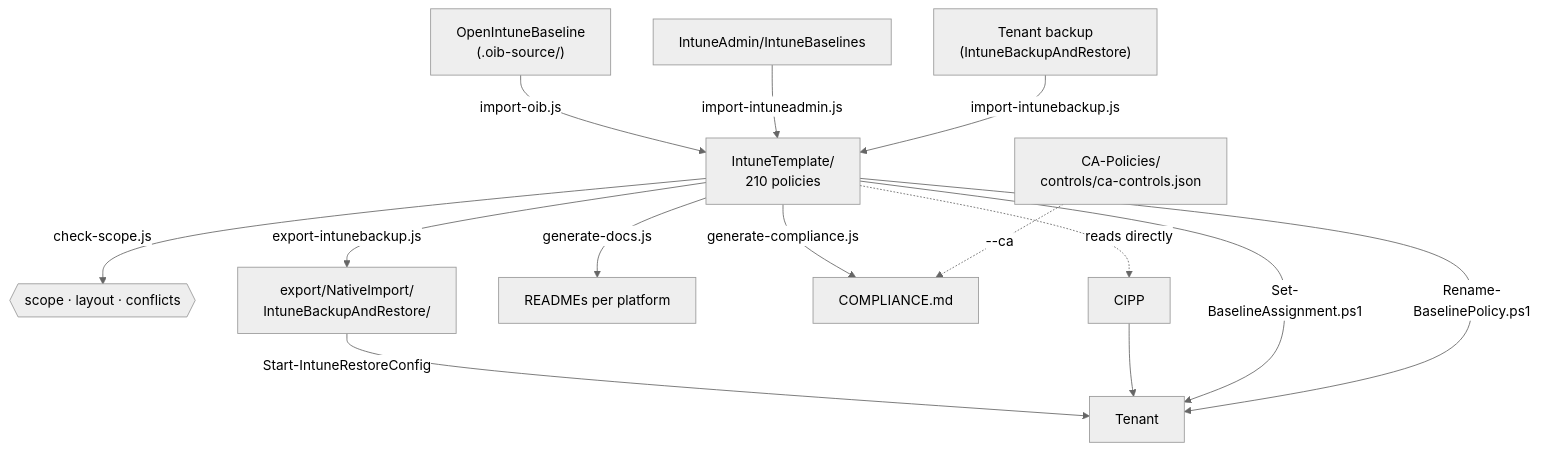
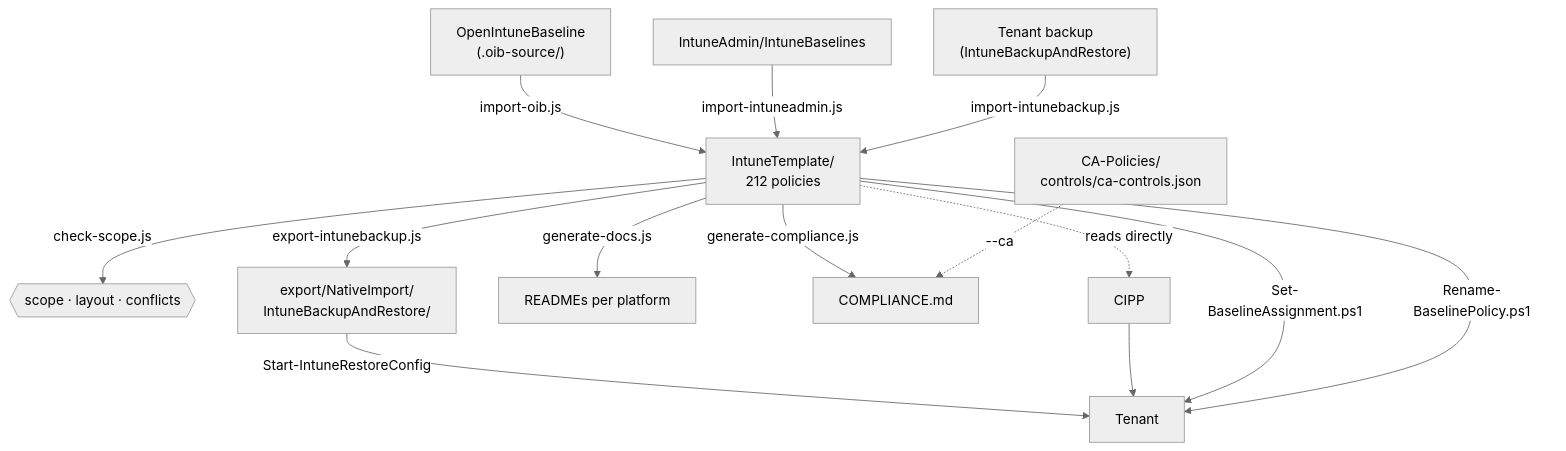
Before and after one commit to sjkanon/IntuneBackup: the diagram in scripts/README.en.md, drawn with Mermaid (neutral theme). The commit also changed 38 other files, not shown here.

````diff
--- a/scripts/README.en.md
+++ b/scripts/README.en.md
@@ -9,17 +9,17 @@
 ```mermaid
 flowchart TD
   OIB["OpenIntuneBaseline<br/>(.oib-source/)"] -->|import-oib.js| T
   IA["IntuneAdmin/IntuneBaselines"] -->|import-intuneadmin.js| T
   TEN["Tenant backup<br/>(IntuneBackupAndRestore)"] -->|import-intunebackup.js| T
-  T["IntuneTemplate/<br/>210 policies"]
+  T["IntuneTemplate/<br/>212 policies"]
   T -->|check-scope.js| CHK{{"scope · layout · conflicts"}}
   T -->|export-intunebackup.js| EX["export/NativeImport/<br/>IntuneBackupAndRestore/"]
   T -->|generate-docs.js| DOC["READMEs per platform"]
   T -->|generate-compliance.js| CMP["COMPLIANCE.md"]
   CA["CA-Policies/<br/>controls/ca-controls.json"] -.->|--ca| CMP
   T -.->|reads directly| CIPP["CIPP"]
   EX -->|Start-IntuneRestoreConfig| TENANT["Tenant"]
   CIPP --> TENANT
   T -->|Set-BaselineAssignment.ps1| TENANT
   T -->|Rename-BaselinePolicy.ps1| TENANT
 ```
````
